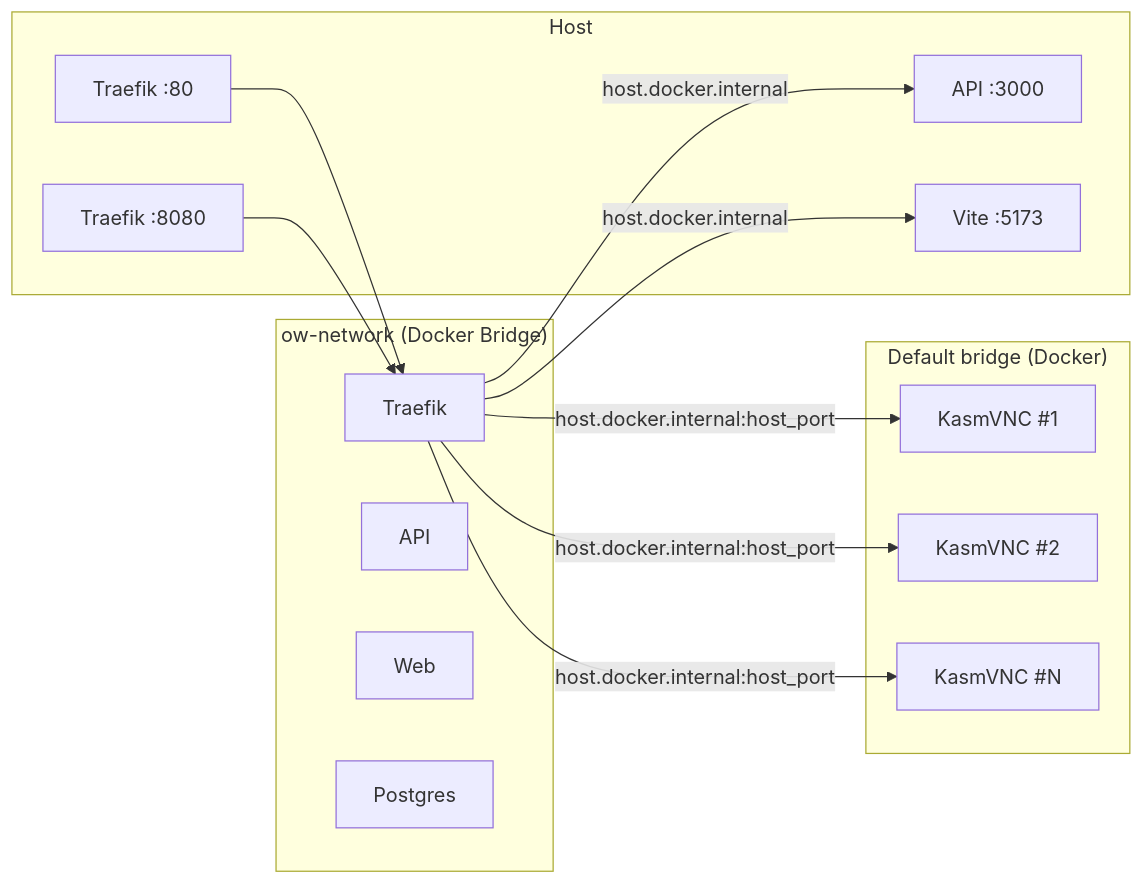
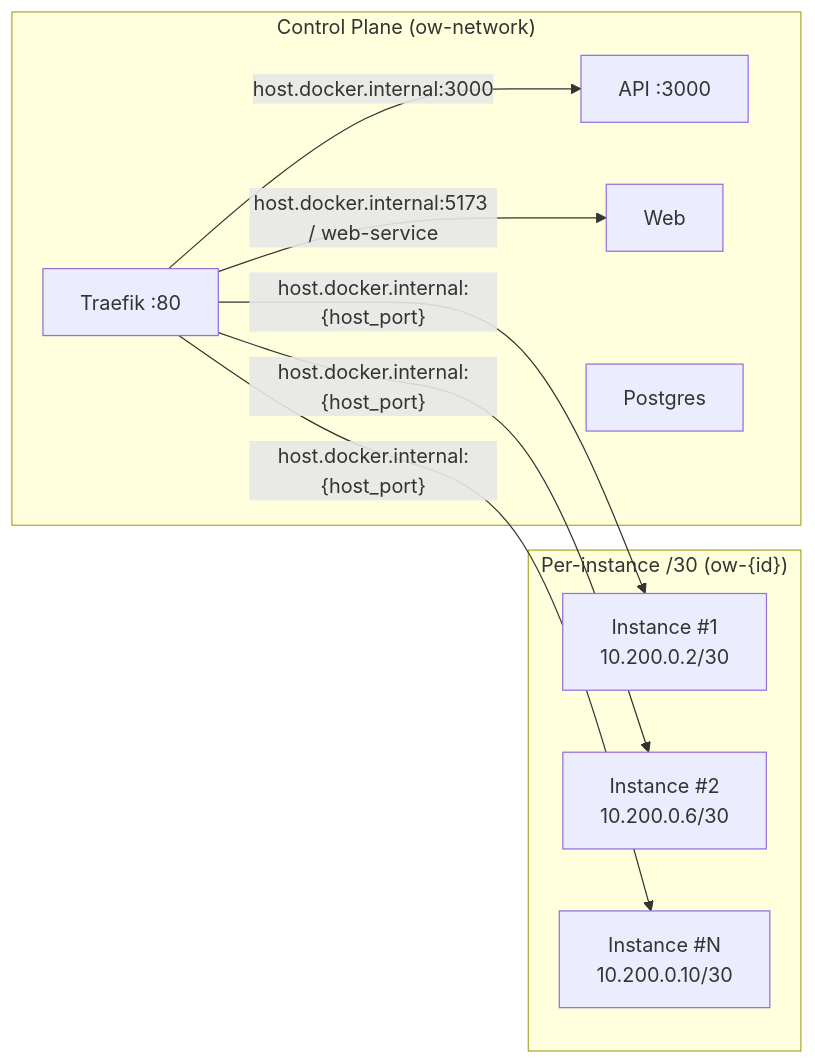
Before and after one commit to TsukiSama9292/OpenWorkspace-Engine: the sixth of 7 diagrams in docs/architecture.md, drawn with Mermaid. The commit also changed other lines of this file and 11 other files, not shown here.

````diff
--- a/docs/architecture.md
+++ b/docs/architecture.md
@@ -301,30 +335,21 @@
 ```mermaid
 graph LR
-    subgraph "Host"
-        API_PORT["API :3000"]
-        VITE_PORT["Vite :5173"]
-        TRAEFIK_PORT["Traefik :80"]
-        TRAEFIK_DASH["Traefik :8080"]
-    end
-
-    subgraph "ow-network (Docker Bridge)"
-        TRAEFIK_N["Traefik"]
-        API_N["API"]
+    subgraph "Control Plane (ow-network)"
+        TRAEFIK_N["Traefik :80"]
+        API_N["API :3000"]
         WEB_N["Web"]
         DB_N["Postgres"]
     end
 
-    subgraph "Default bridge (Docker)"
-        KASM1_N["KasmVNC #1"]
-        KASM2_N["KasmVNC #2"]
-        KASMN_N["KasmVNC #N"]
+    subgraph "Per-instance /30 (ow-{id})"
+        KASM1_N["Instance #1<br/>10.200.0.2/30"]
+        KASM2_N["Instance #2<br/>10.200.0.6/30"]
+        KASMN_N["Instance #N<br/>10.200.0.10/30"]
     end
 
-    TRAEFIK_PORT --> TRAEFIK_N
-    TRAEFIK_DASH --> TRAEFIK_N
-    TRAEFIK_N -->|"host.docker.internal"| API_PORT
-    TRAEFIK_N -->|"host.docker.internal"| VITE_PORT
-    TRAEFIK_N -->|"host.docker.internal:host_port"| KASM1_N
-    TRAEFIK_N -->|"host.docker.internal:host_port"| KASM2_N
-    TRAEFIK_N -->|"host.docker.internal:host_port"| KASMN_N
+    TRAEFIK_N -->|"host.docker.internal:3000"| API_N
+    TRAEFIK_N -->|"host.docker.internal:5173 / web-service"| WEB_N
+    TRAEFIK_N -->|"host.docker.internal:{host_port}"| KASM1_N
+    TRAEFIK_N -->|"host.docker.internal:{host_port}"| KASM2_N
+    TRAEFIK_N -->|"host.docker.internal:{host_port}"| KASMN_N
 ```
````
